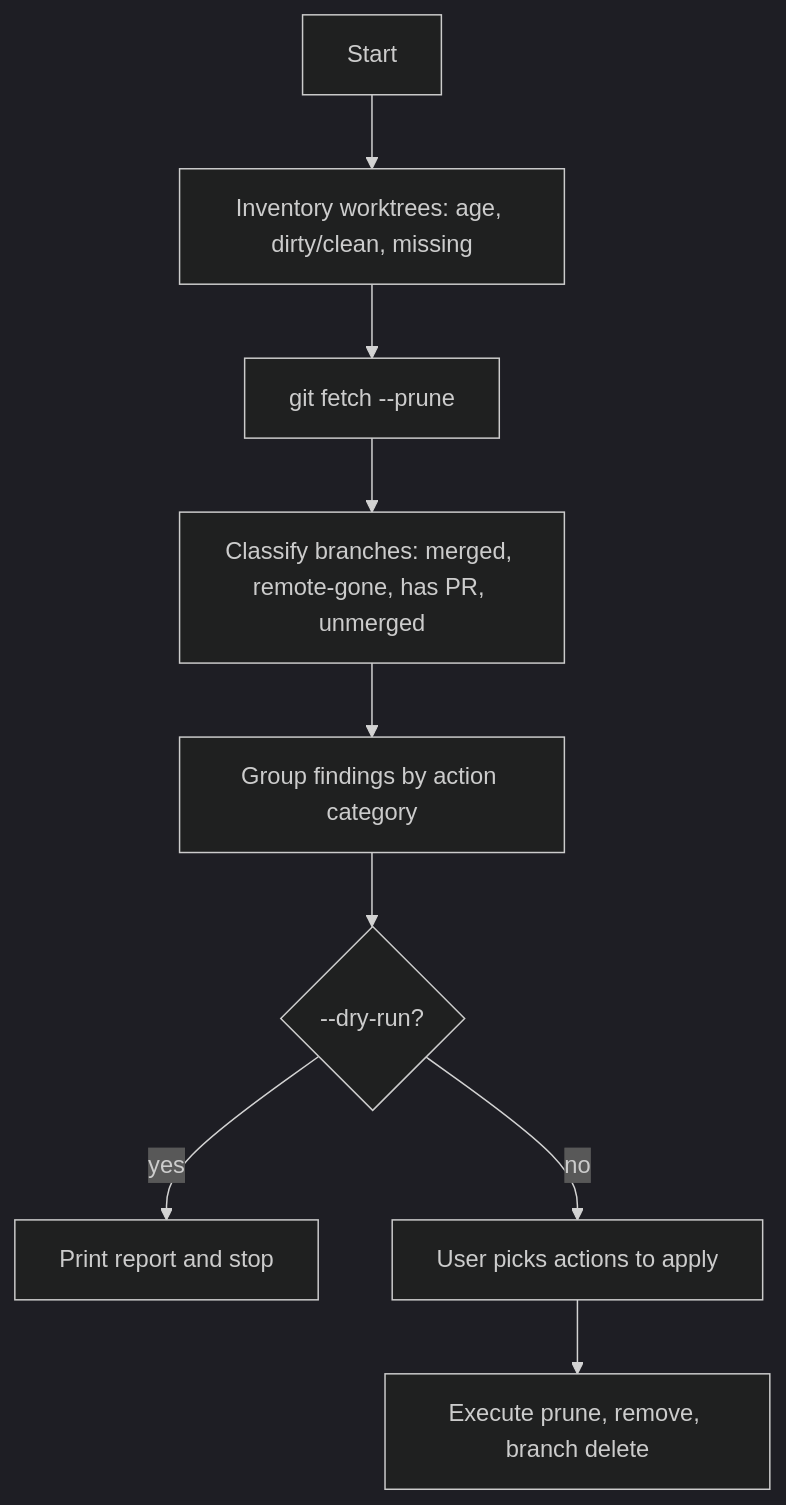
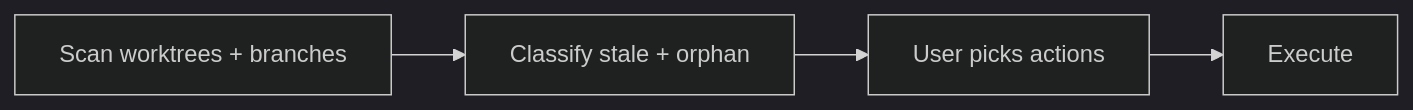
The fifth of 7 diagrams in plugins/empire-git/README.md (marcoskichel/elevator-pitch-skill), drawn with Mermaid (dark theme) before and after one commit. The commit also changed other lines of this file and 5 other files, not shown here.

First line of the commit message:
docs: simplify per-skill diagrams to horizontal high-level flow

````diff
--- a/plugins/empire-git/README.md
+++ b/plugins/empire-git/README.md
@@ -121,11 +97,6 @@
 ```mermaid
-flowchart TD
-  start[Start] --> inventory[Inventory worktrees: age, dirty/clean, missing]
-  inventory --> fetch[git fetch --prune]
-  fetch --> branches[Classify branches: merged, remote-gone, has PR, unmerged]
-  branches --> report[Group findings by action category]
-  report --> dry{--dry-run?}
-  dry -- yes --> stop[Print report and stop]
-  dry -- no --> pick[User picks actions to apply]
-  pick --> exec[Execute prune, remove, branch delete]
+flowchart LR
+  scan[Scan worktrees + branches] --> classify[Classify stale + orphan]
+  classify --> pick[User picks actions]
+  pick --> exec[Execute]
 ```
````
